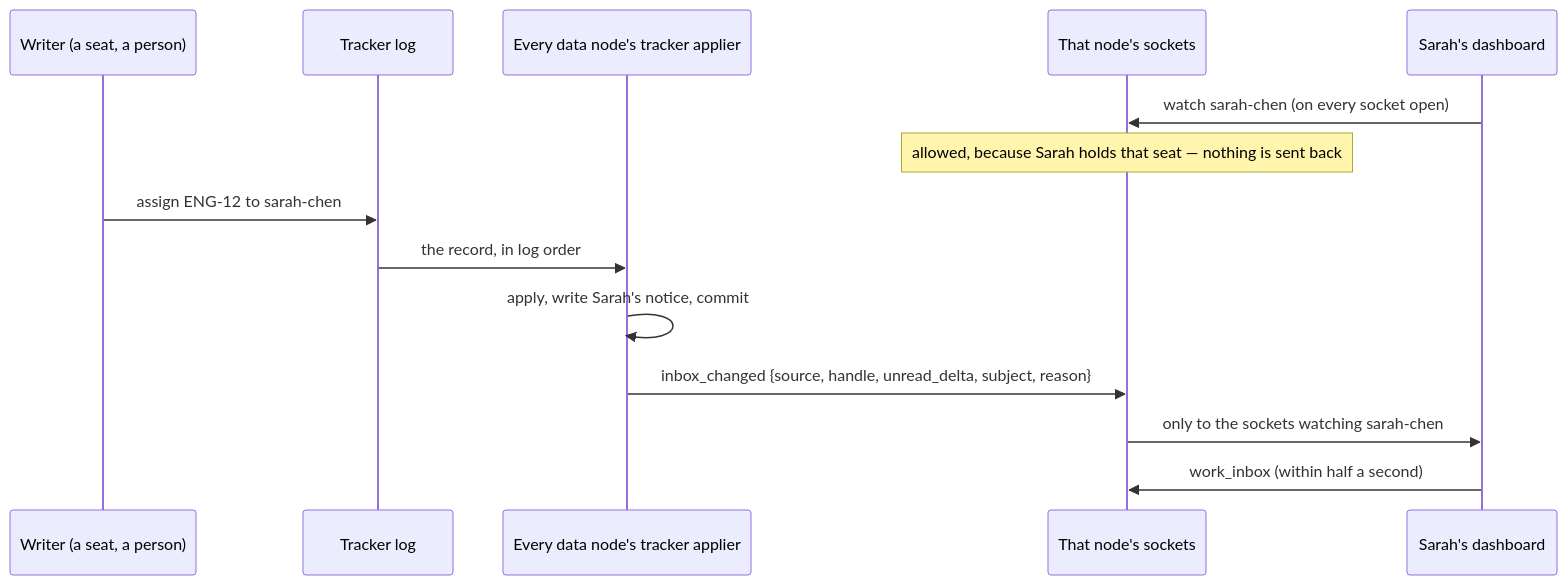
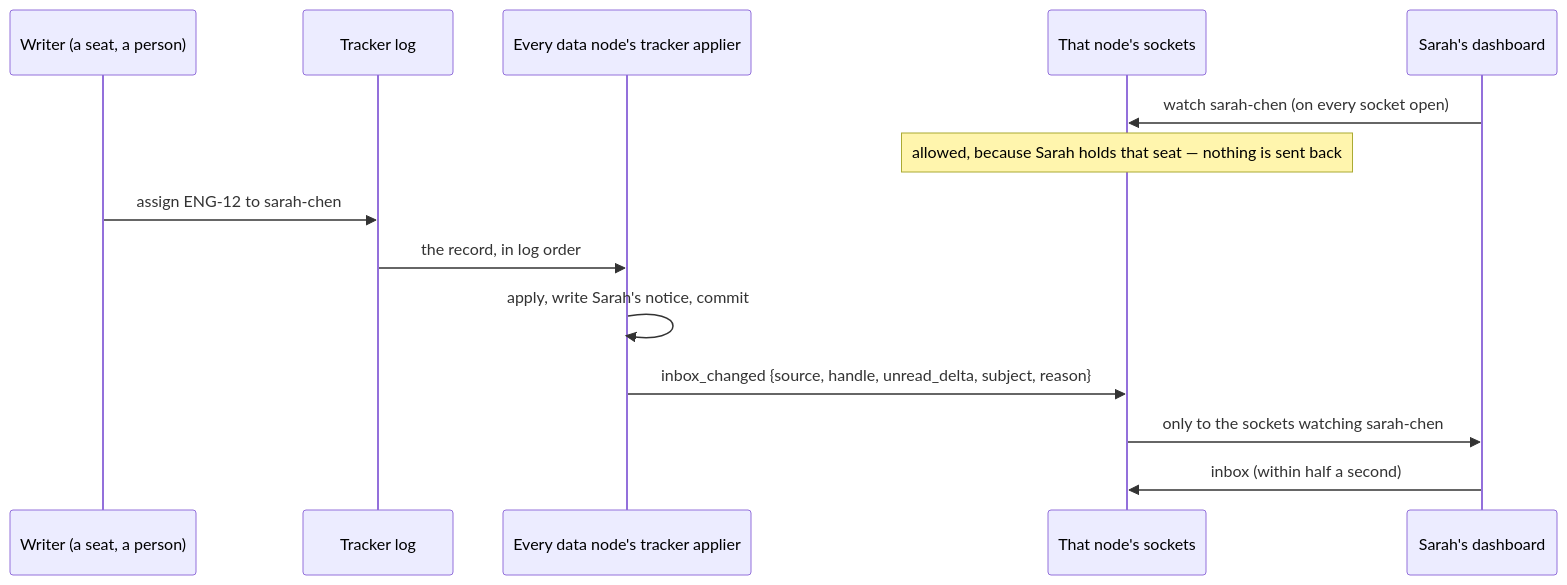
The third of 3 diagrams in docs/concepts/humans-in-the-org.md (crewlet/crewlet), drawn with Mermaid before and after one commit. The commit also changed other lines of this file and 1 other file, not shown here.

First line of the commit message:
docs(docs): read a code inbox movement through the composed inbox

````diff
--- a/docs/concepts/humans-in-the-org.md
+++ b/docs/concepts/humans-in-the-org.md
@@ -486,16 +486,16 @@
 ```mermaid
 sequenceDiagram
     participant W as Writer (a seat, a person)
     participant L as Tracker log
     participant N as Every data node's tracker applier
     participant S as That node's sockets
     participant D as Sarah's dashboard
     D->>S: watch sarah-chen (on every socket open)
     Note over S: allowed, because Sarah holds that seat — nothing is sent back
     W->>L: assign ENG-12 to sarah-chen
     L->>N: the record, in log order
     N->>N: apply, write Sarah's notice, commit
     N->>S: inbox_changed {source, handle, unread_delta, subject, reason}
     S->>D: only to the sockets watching sarah-chen
-    D->>S: work_inbox (within half a second)
+    D->>S: inbox (within half a second)
 ```
````
